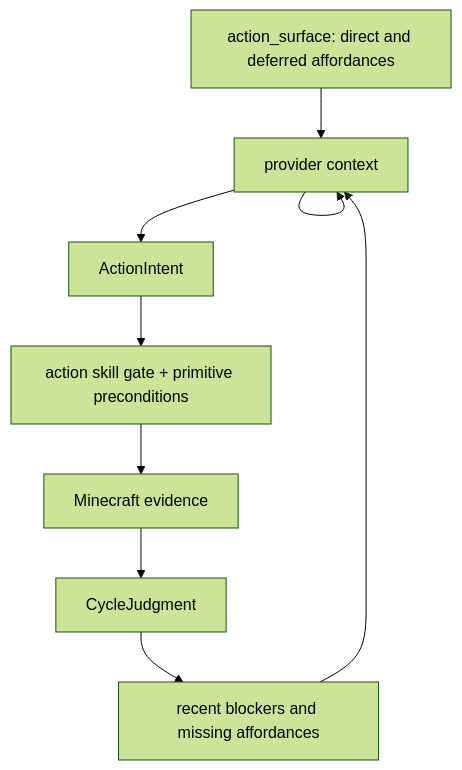
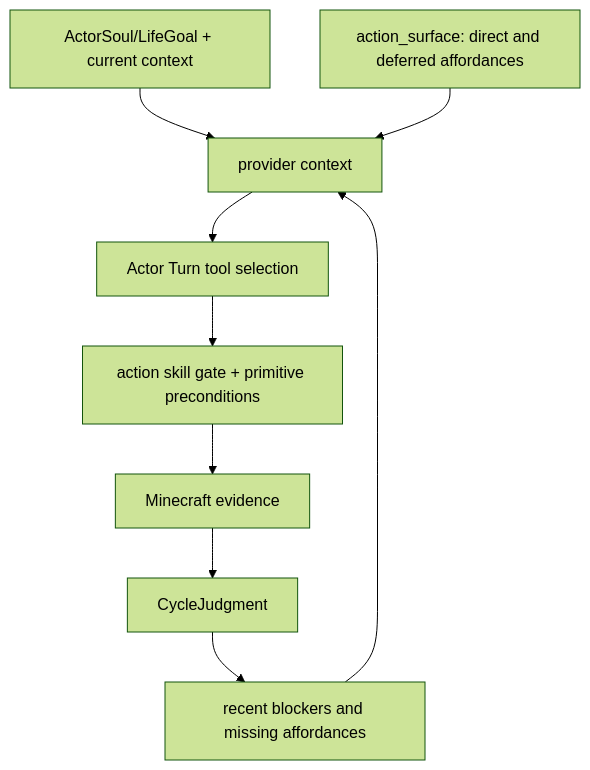
The first of 2 diagrams in project-docs/Architecture/Future-Works.md (gigio1023/minecraft-llm-agent-community), drawn with Mermaid (forest theme) before and after one commit. The commit also changed other lines of this file and 21 other files, not shown here.

Commit message:
Align docs with Actor Turn tool flow

````diff
--- a/project-docs/Architecture/Future-Works.md
+++ b/project-docs/Architecture/Future-Works.md
@@ -214,20 +214,20 @@
 ```mermaid
 flowchart TD
   Context["ActorSoul/LifeGoal + current context"]
   Surface["action_surface: direct and deferred affordances"]
   Blockers["recent blockers and missing affordances"]
-  Context["provider context"]
-  Intent["ActionIntent"]
+  ProviderContext["provider context"]
+  Turn["Actor Turn tool selection"]
   Gate["action skill gate + primitive preconditions"]
   Evidence["Minecraft evidence"]
   Judgment["CycleJudgment"]
 
-  Context --> Context
-  Surface --> Context
-  Blockers --> Context
-  Context --> Intent
-  Intent --> Gate
+  Context --> ProviderContext
+  Surface --> ProviderContext
+  Blockers --> ProviderContext
+  ProviderContext --> Turn
+  Turn --> Gate
   Gate --> Evidence
   Evidence --> Judgment
   Judgment --> Blockers
 ```
````
